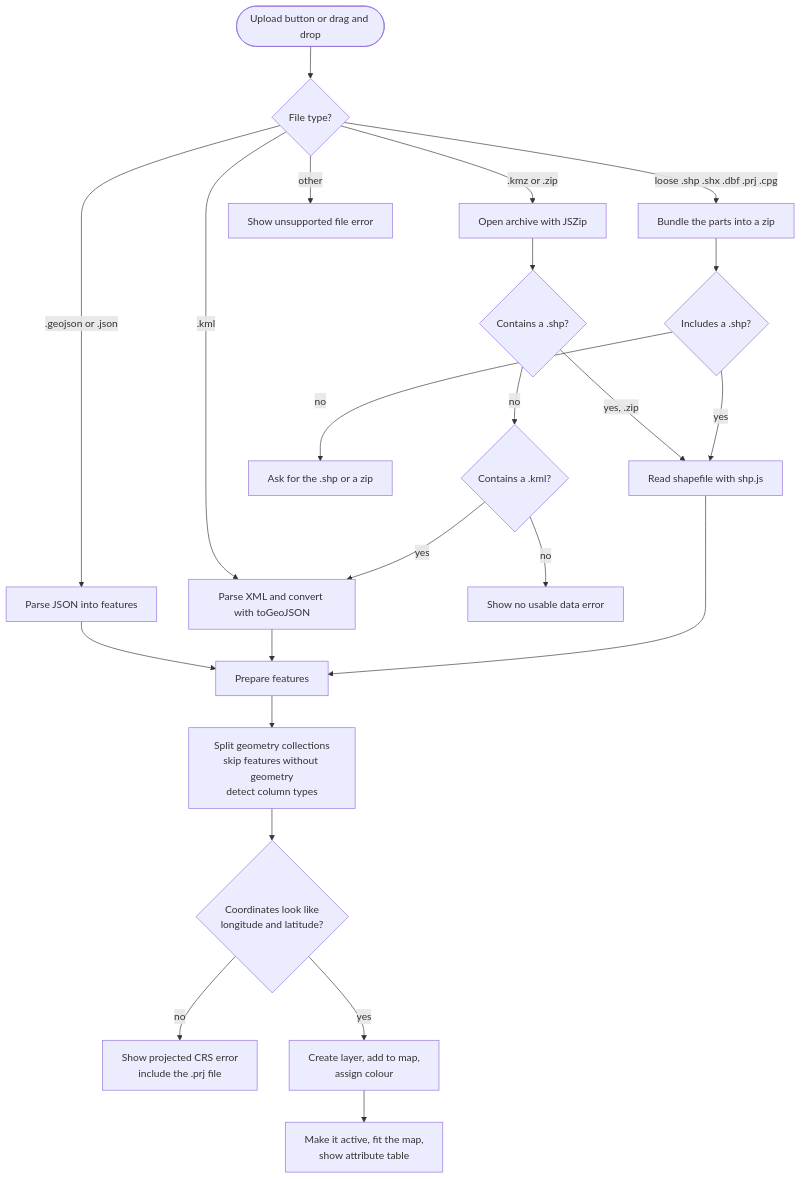
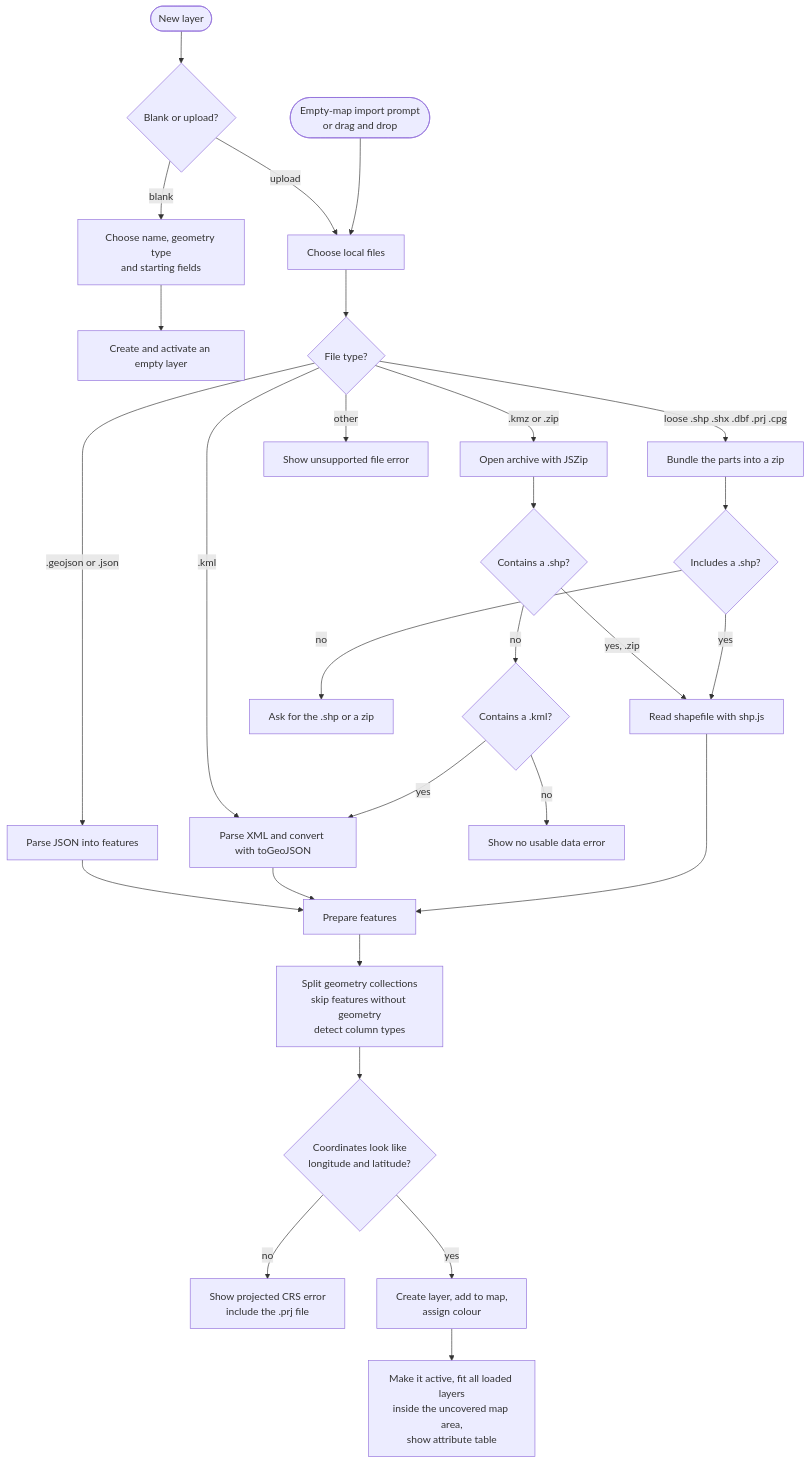
Before and after one commit to telstra-joseph/geoeditor: the second of 9 diagrams in FLOWCHART.md, drawn with Mermaid. The commit also changed other lines of this file and 2 other files, not shown here.

First line of the commit message:
Version 1.0: Update feature documentation, flowcharts, and help

````diff
--- a/FLOWCHART.md
+++ b/FLOWCHART.md
@@ -41,30 +45,35 @@
 ```mermaid
 flowchart TD
-    A(["Upload button or drag and drop"]) --> B{"File type?"}
+    Start(["New layer"]) --> Source{"Blank or upload?"}
+    Source -->|"blank"| Blank["Choose name, geometry type<br/>and starting fields"]
+    Blank --> Active["Create and activate an empty layer"]
+    Source -->|"upload"| Picker["Choose local files"]
+    Import(["Empty-map import prompt<br/>or drag and drop"]) --> Picker
+    Picker --> B{"File type?"}
 
     B -->|".geojson or .json"| C["Parse JSON into features"]
     B -->|".kml"| D["Parse XML and convert with toGeoJSON"]
     B -->|".kmz or .zip"| E["Open archive with JSZip"]
     B -->|"loose .shp .shx .dbf .prj .cpg"| F["Bundle the parts into a zip"]
     B -->|"other"| X["Show unsupported file error"]
 
     E --> G{"Contains a .shp?"}
     G -->|"yes, .zip"| H["Read shapefile with shp.js"]
     G -->|"no"| I{"Contains a .kml?"}
     I -->|"yes"| D
     I -->|"no"| X2["Show no usable data error"]
 
     F --> J{"Includes a .shp?"}
     J -->|"yes"| H
     J -->|"no"| X3["Ask for the .shp or a zip"]
 
     C --> K["Prepare features"]
     D --> K
     H --> K
 
     K --> L["Split geometry collections<br/>skip features without geometry<br/>detect column types"]
     L --> M{"Coordinates look like<br/>longitude and latitude?"}
     M -->|"no"| X4["Show projected CRS error<br/>include the .prj file"]
     M -->|"yes"| N["Create layer, add to map,<br/>assign colour"]
-    N --> O["Make it active, fit the map,<br/>show attribute table"]
+    N --> O["Make it active, fit all loaded layers<br/>inside the uncovered map area,<br/>show attribute table"]
 ```
````
